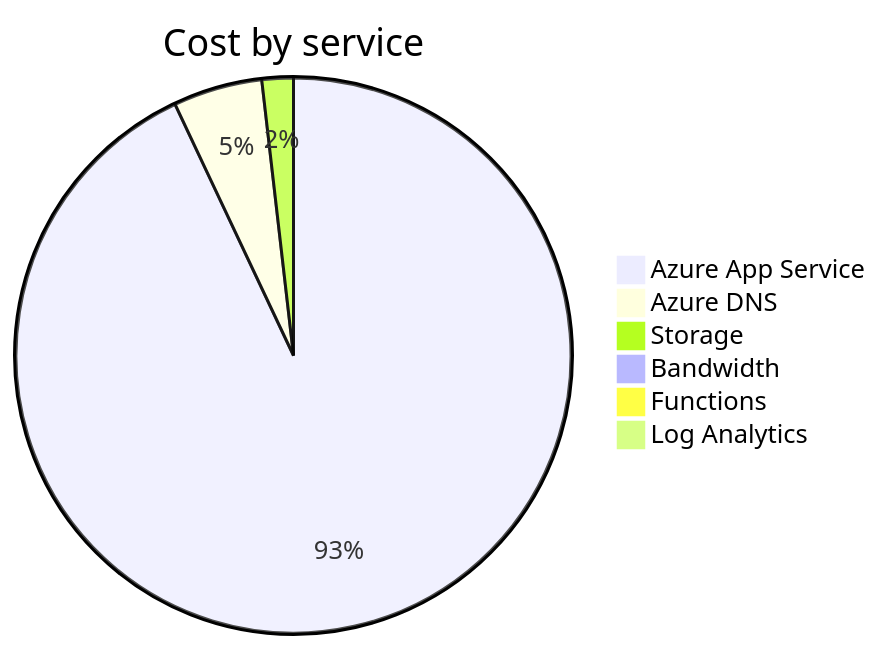
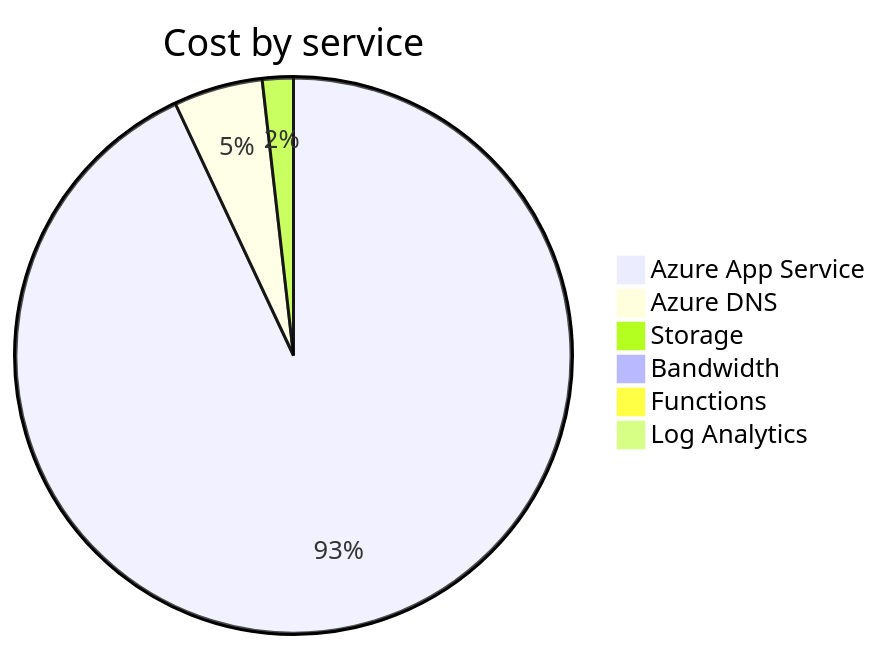
One commit to jpfulton/azure-personal-reports changed the second of 4 diagrams in cost-reports/accumulated-cost.md. Above: the diagram before and after it, drawn with Mermaid. The commit also changed other lines of this file and 4 other files, not shown here.

````diff
--- a/cost-reports/accumulated-cost.md
+++ b/cost-reports/accumulated-cost.md
@@ -100,10 +100,10 @@
 ```mermaid
 pie
    title Cost by service
-   "Azure App Service" : 15.78
-   "Azure DNS" : 0.88
-   "Storage" : 0.31
+   "Azure App Service" : 16.52
+   "Azure DNS" : 0.92
+   "Storage" : 0.32
    "Bandwidth" : 0.00
    "Functions" : 0.00
    "Log Analytics" : 0.00
 ```
````
